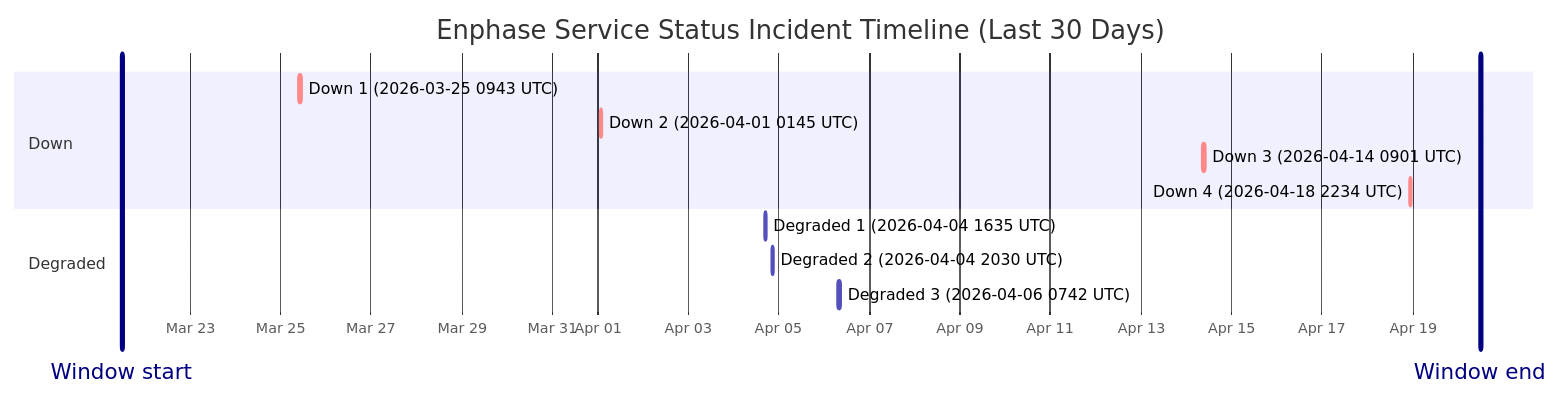
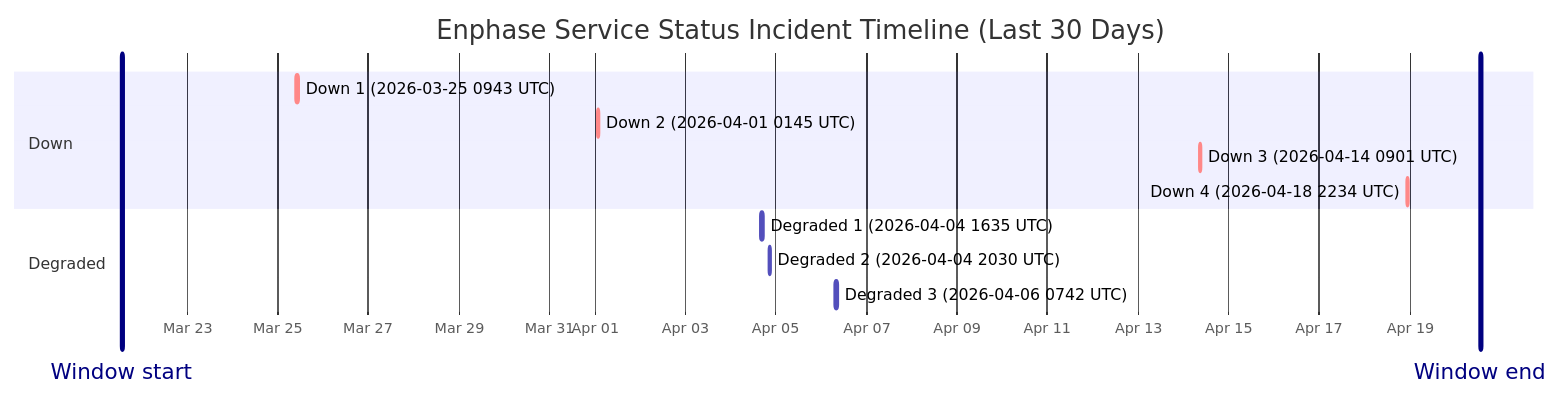
One commit to barneyonline/ha-enphase-ev-charger changed the diagram in wiki/Service-Status-History.md. Above: the diagram before and after it, drawn with Mermaid. The commit also changed other lines of this file and 3 other files, not shown here.

````diff
--- a/wiki/Service-Status-History.md
+++ b/wiki/Service-Status-History.md
@@ -14,17 +14,17 @@
 ```mermaid
 gantt
     title Enphase Service Status Incident Timeline (Last 30 Days)
     dateFormat  YYYY-MM-DDTHH:mm:ss
     axisFormat  %b %d
-    Window start :vert, window-start, 2026-03-21T11:51:19, 0ms
-    Window end :vert, window-end, 2026-04-20T11:51:19, 0ms
+    Window start :vert, window-start, 2026-03-21T13:27:52, 0ms
+    Window end :vert, window-end, 2026-04-20T13:27:52, 0ms
     section Down
     Down 1 (2026-03-25 0943 UTC) :crit, down-1, 2026-03-25T09:43:28, 111m
     Down 2 (2026-04-01 0145 UTC) :crit, down-2, 2026-04-01T01:45:09, 60m
     Down 3 (2026-04-14 0901 UTC) :crit, down-3, 2026-04-14T09:01:13, 60m
     Down 4 (2026-04-18 2234 UTC) :crit, down-4, 2026-04-18T22:34:13, 60m
     section Degraded
     Degraded 1 (2026-04-04 1635 UTC) :active, degraded-1, 2026-04-04T16:35:17, 60m
     Degraded 2 (2026-04-04 2030 UTC) :active, degraded-2, 2026-04-04T20:30:40, 60m
     Degraded 3 (2026-04-06 0742 UTC) :active, degraded-3, 2026-04-06T07:42:09, 85m
 ```
````
